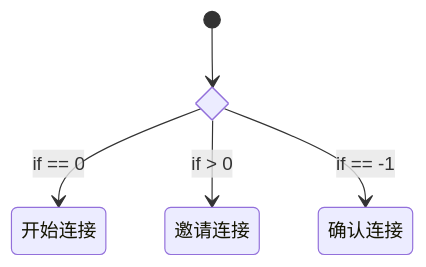
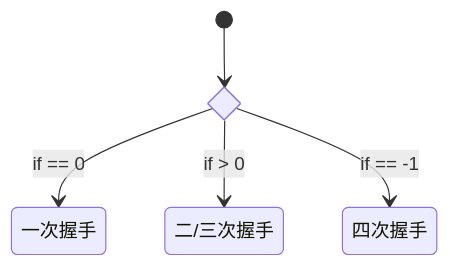
Before and after one commit to dpull/dpull.github.io: the fifth of 8 diagrams in _posts/2022-11-13-utcp_handshake.md, drawn with Mermaid. The commit also changed other lines of this file, not shown here.

````diff
--- a/_posts/2022-11-13-utcp_handshake.md
+++ b/_posts/2022-11-13-utcp_handshake.md
@@ -51,8 +85,8 @@
 ```mermaid
 stateDiagram-v2
     state Timestamp <<choice>>
     [*] --> Timestamp
-    Timestamp --> 开始连接: if == 0
-    Timestamp --> 邀请连接 : if > 0
-    Timestamp --> 确认连接 : if == -1
+    Timestamp --> 一次握手: if == 0
+    Timestamp --> 二/三次握手 : if > 0
+    Timestamp --> 四次握手 : if == -1
 ```
````
